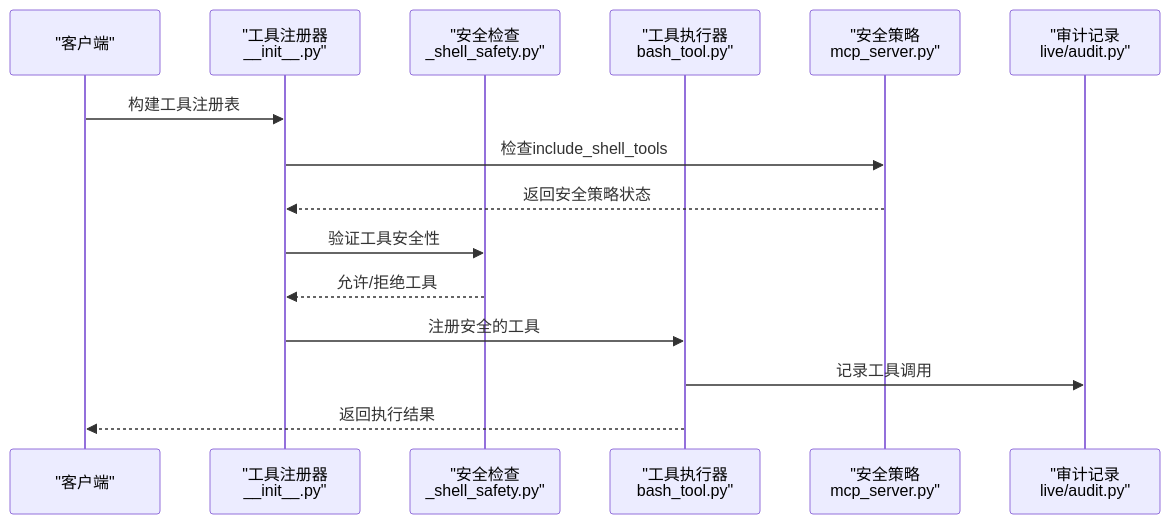
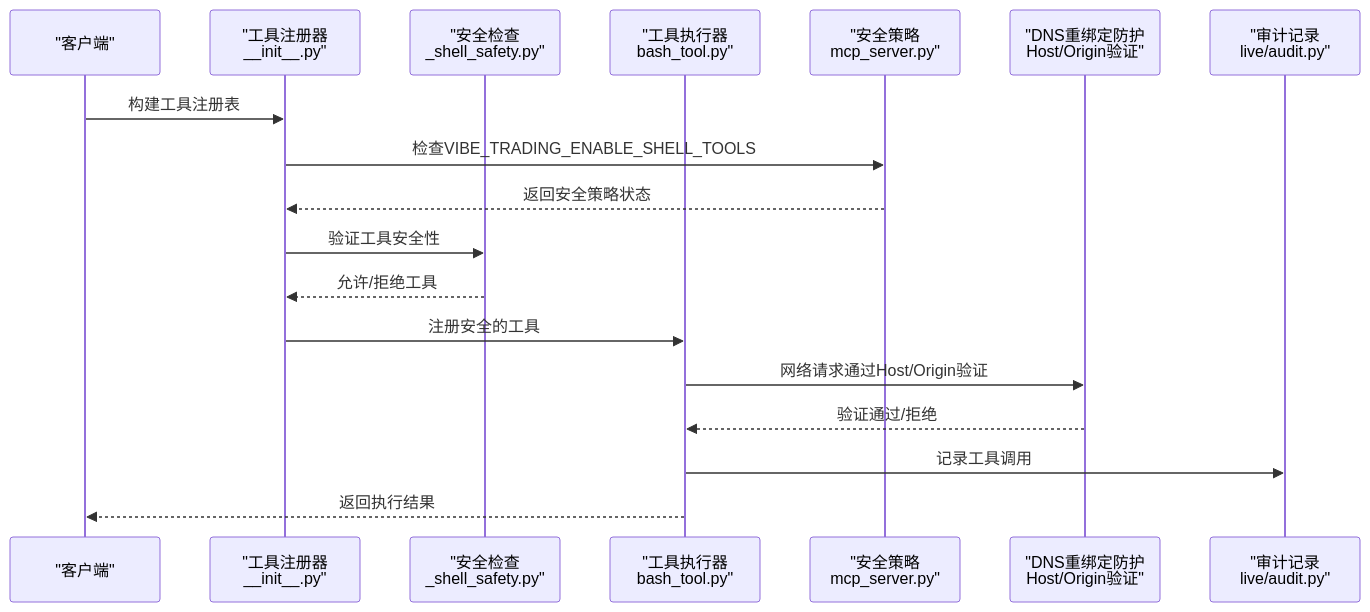
The second of 6 diagrams in .qoder/repowiki/zh/content/AI代理系统/工具系统/工具安全控制.md (20012002er/Vibe-Trading), drawn with Mermaid before and after one commit. The commit also changed other lines of this file and 67 other files, not shown here.

````diff
--- a/.qoder/repowiki/zh/content/AI代理系统/工具系统/工具安全控制.md
+++ b/.qoder/repowiki/zh/content/AI代理系统/工具系统/工具安全控制.md
@@ -118,17 +124,20 @@
 ```mermaid
 sequenceDiagram
 participant Client as "客户端"
 participant Registry as "工具注册器<br/>__init__.py"
 participant Safety as "安全检查<br/>_shell_safety.py"
 participant Tool as "工具执行器<br/>bash_tool.py"
 participant Policy as "安全策略<br/>mcp_server.py"
+participant DNSGuard as "DNS重绑定防护<br/>Host/Origin验证"
 participant Audit as "审计记录<br/>live/audit.py"
 Client->>Registry : 构建工具注册表
-Registry->>Policy : 检查include_shell_tools
+Registry->>Policy : 检查VIBE_TRADING_ENABLE_SHELL_TOOLS
 Policy-->>Registry : 返回安全策略状态
 Registry->>Safety : 验证工具安全性
 Safety-->>Registry : 允许/拒绝工具
 Registry->>Tool : 注册安全的工具
+Tool->>DNSGuard : 网络请求通过Host/Origin验证
+DNSGuard-->>Tool : 验证通过/拒绝
 Tool->>Audit : 记录工具调用
 Tool-->>Client : 返回执行结果
 ```
````
